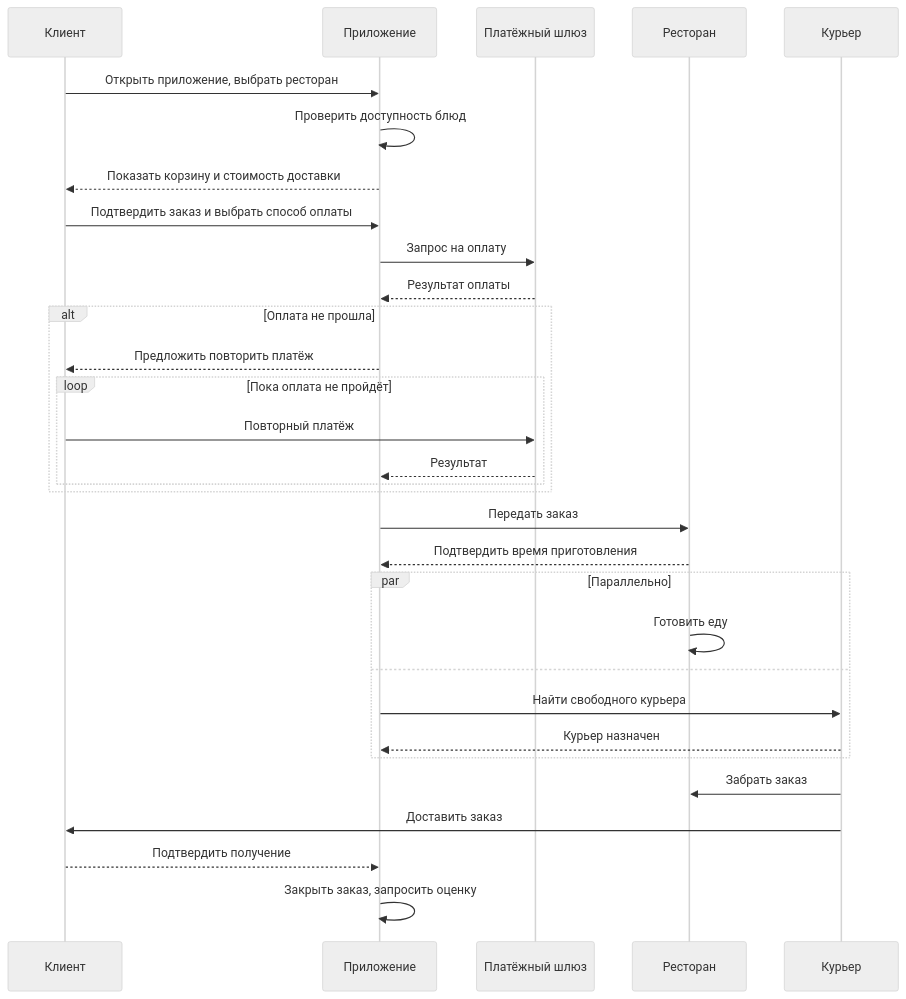
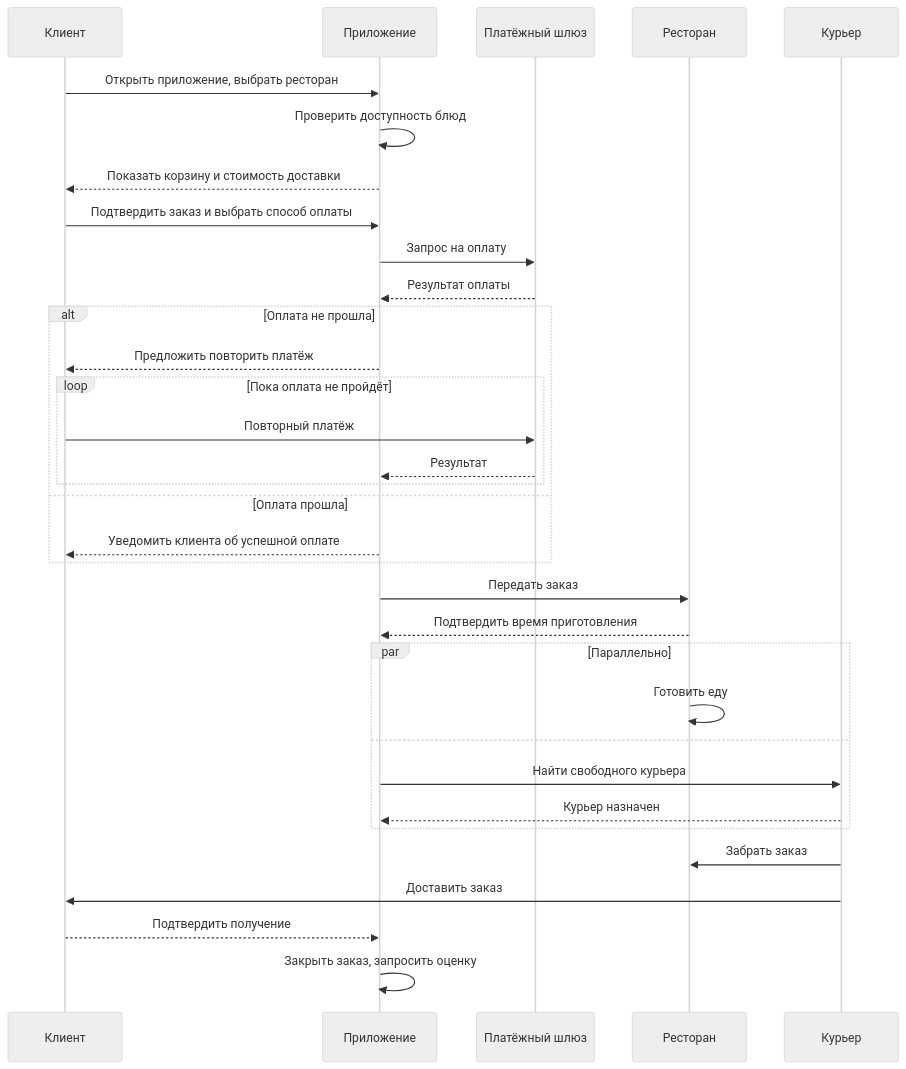
The diagram in lab1/docs/sequence.md (fomchenkovad24-cmd/visual-programming-labs-Fomchenkov), drawn with Mermaid (neutral theme) before and after one commit.

Commit message:
Update Sequence diagram: add minor element

````diff
--- a/lab1/docs/sequence.md
+++ b/lab1/docs/sequence.md
@@ -1,38 +1,40 @@
 ```mermaid
 sequenceDiagram
     participant C as Клиент
     participant A as Приложение
     participant PG as Платёжный шлюз
     participant R as Ресторан
     participant CR as Курьер
 
     C->>A: Открыть приложение, выбрать ресторан
     A->>A: Проверить доступность блюд
     A-->>C: Показать корзину и стоимость доставки
     C->>A: Подтвердить заказ и выбрать способ оплаты
     A->>PG: Запрос на оплату
     PG-->>A: Результат оплаты
 
     alt Оплата не прошла
         A-->>C: Предложить повторить платёж
         loop Пока оплата не пройдёт
             C->>PG: Повторный платёж
             PG-->>A: Результат
         end
+    else Оплата прошла
+        A-->>C: Уведомить клиента об успешной оплате
     end
 
     A->>R: Передать заказ
     R-->>A: Подтвердить время приготовления
 
     par Параллельно
         R->>R: Готовить еду
         and
         A->>CR: Найти свободного курьера
         CR-->>A: Курьер назначен
     end
 
     CR->>R: Забрать заказ
     CR->>C: Доставить заказ
     C-->>A: Подтвердить получение
     A->>A: Закрыть заказ, запросить оценку
 ```
````
